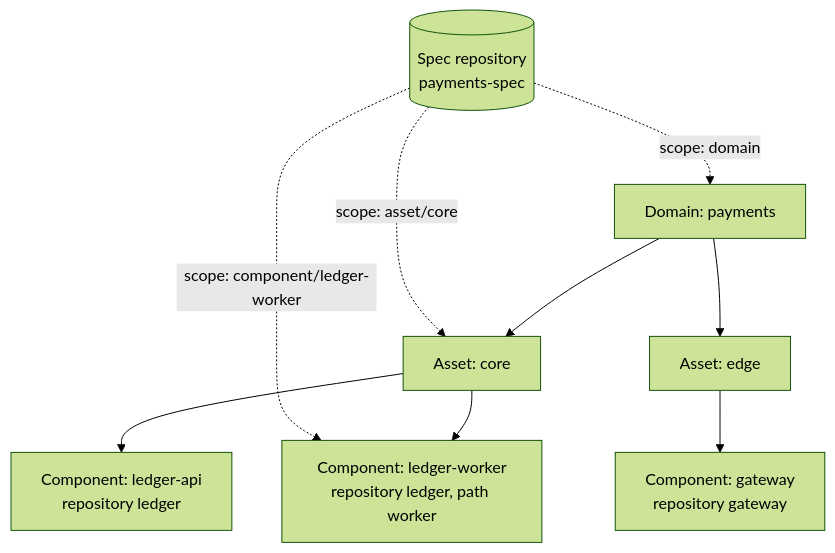
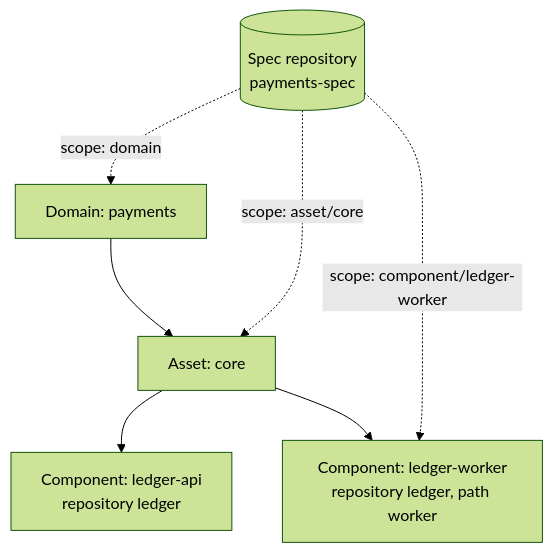
One commit to noodlemind/adaptive-engineering changed the second of 3 diagrams in docs/reference/domains.md. Above: the diagram before and after it, drawn with Mermaid (forest theme). The commit also changed 6 other files, not shown here.

````diff
--- a/docs/reference/domains.md
+++ b/docs/reference/domains.md
@@ -64,12 +64,10 @@
 ```mermaid
 flowchart TD
   domain["Domain: payments"] --> core["Asset: core"]
-  domain --> edge["Asset: edge"]
   core --> api["Component: ledger-api<br/>repository ledger"]
   core --> worker["Component: ledger-worker<br/>repository ledger, path worker"]
-  edge --> gateway["Component: gateway<br/>repository gateway"]
   spec[("Spec repository<br/>payments-spec")]
   spec -.->|"scope: domain"| domain
   spec -.->|"scope: asset/core"| core
   spec -.->|"scope: component/ledger-worker"| worker
 ```
````
